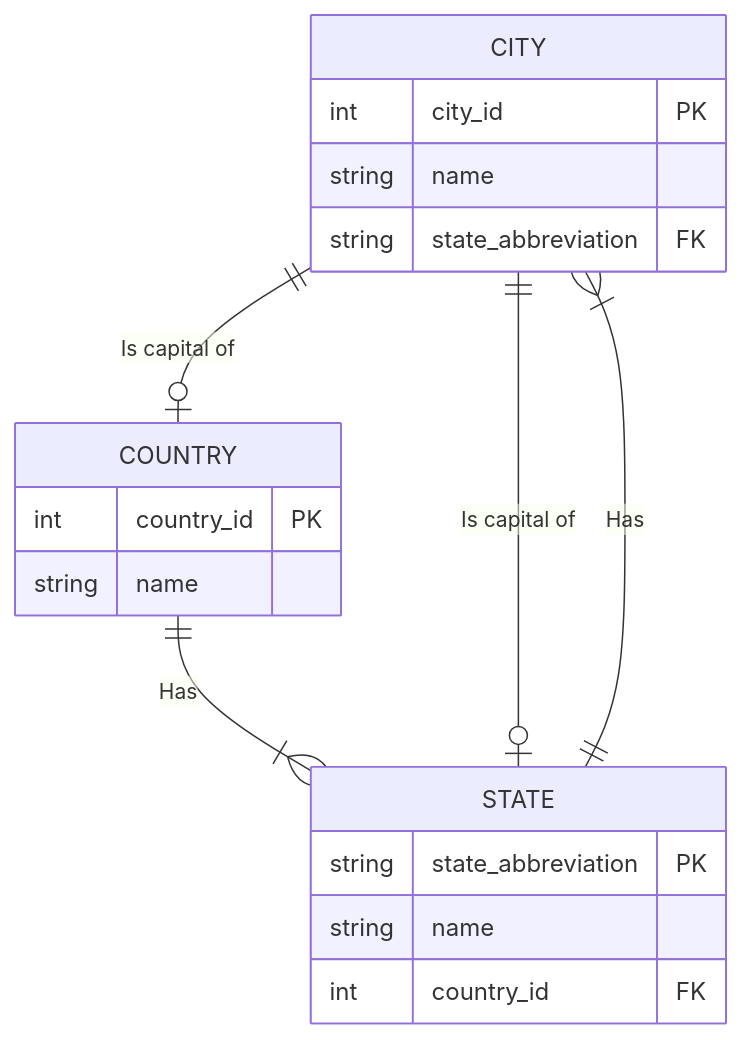
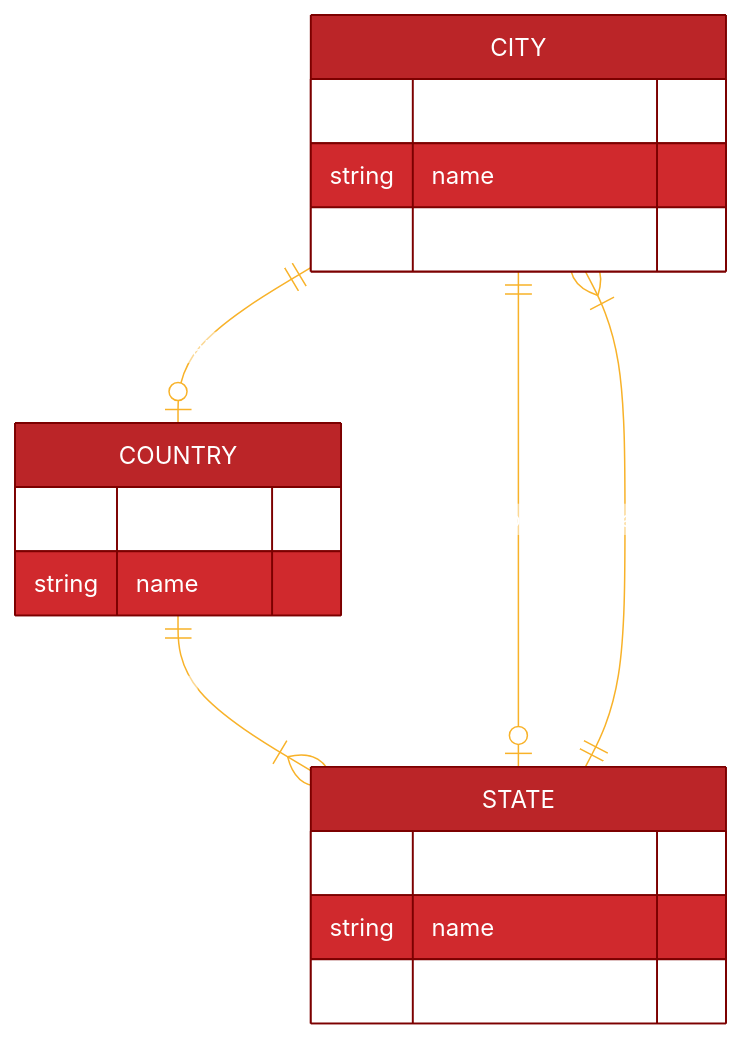
One commit to Nil-AV/Obsidian_Brain changed the diagram in 2 Моделирование/ERD/1.2. ERD.md. Above: the diagram before and after it, drawn with Mermaid.

Commit message:
vault backup: 2024-11-09 22:52:15

````diff
--- a/2 Моделирование/ERD/1.2. ERD.md
+++ b/2 Моделирование/ERD/1.2. ERD.md
@@ -4,21 +4,23 @@
 ```mermaid
+%%{ init: { 'theme': 'base', 'themeVariables': { 'primaryColor': '#BB2528', 'primaryTextColor': '#fff', 'primaryBorderColor': '#7C0000', 'lineColor': '#F8B229', 'secondaryColor': '#006100', 'tertiaryColor': '#fff' } } }%%
+
 erDiagram
     CITY {
         int city_id PK
         string name
         string state_abbreviation FK
     }
     STATE {
         string state_abbreviation PK
         string name
         int country_id FK
     }
     COUNTRY {
         int country_id PK
         string name
     }
     COUNTRY ||--|{ STATE : "Has"
     STATE ||--|{ CITY : "Has"
     CITY ||--o| STATE : "Is capital of"
     CITY ||--o| COUNTRY : "Is capital of"
 ```
````
